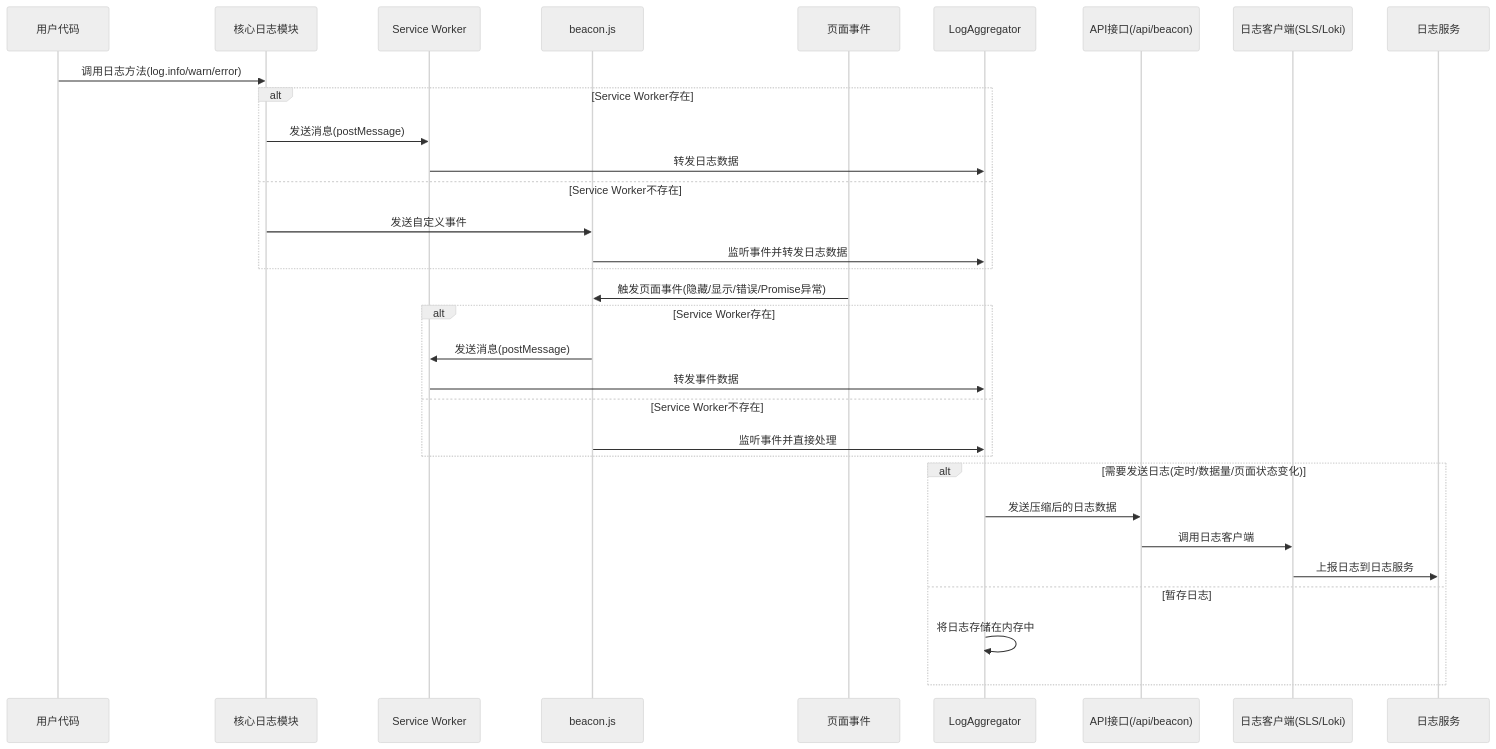
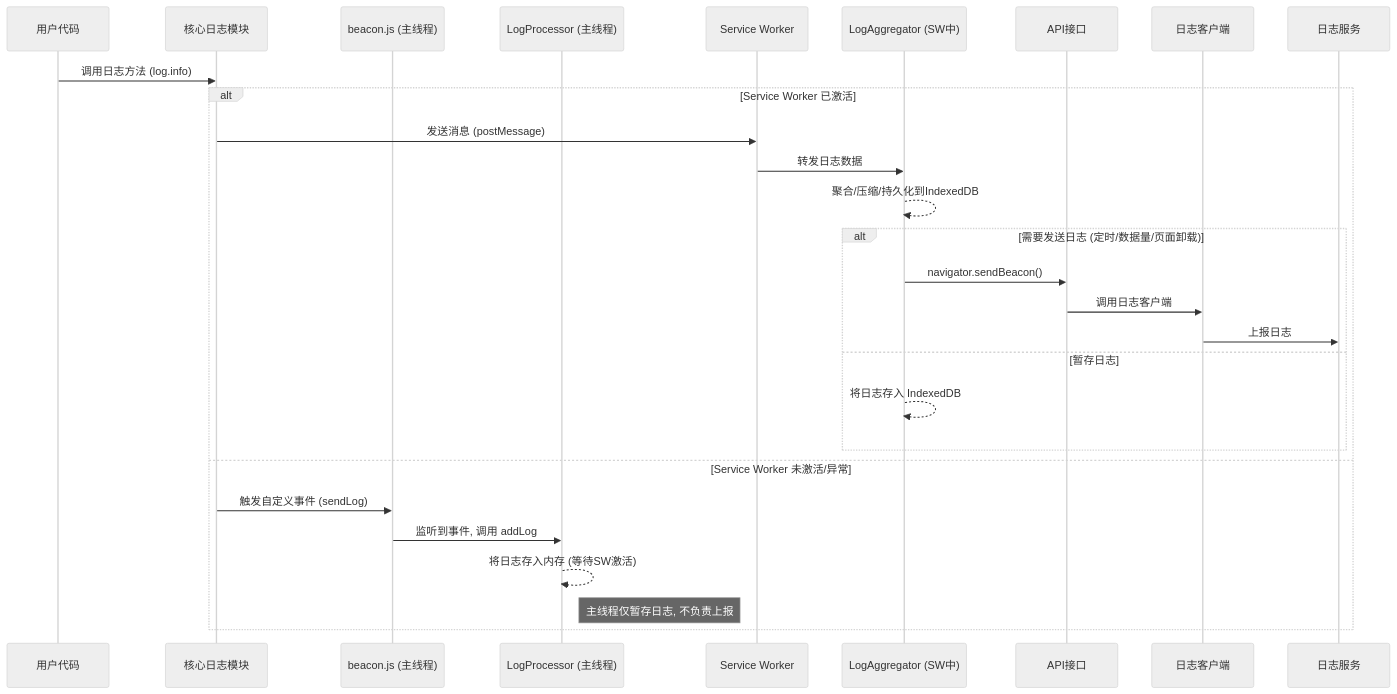
The diagram in logs/README.md (luokaibin/logs), drawn with Mermaid (neutral theme) before and after one commit.

Commit message:
docs: update README with logging system documentation

````diff
--- a/logs/README.md
+++ b/logs/README.md
@@ -308,43 +308,34 @@
 ```mermaid
 sequenceDiagram
     participant User as 用户代码
     participant Core as 核心日志模块
+    participant BeaconJS as beacon.js (主线程)
+    participant LogProc as LogProcessor (主线程)
     participant SW as Service Worker
-    participant BeaconJS as beacon.js
-    participant Events as 页面事件
-    participant LogAgg as LogAggregator
-    participant API as API接口(/api/beacon)
-    participant LogClient as 日志客户端(SLS/Loki)
+    participant LogAgg as LogAggregator (SW中)
+    participant API as API接口
+    participant LogClient as 日志客户端
     participant LogService as 日志服务
-    
-    %% 用户打印日志
-    User->>Core: 调用日志方法(log.info/warn/error)
-    
-    %% 核心模块处理
-    alt Service Worker存在
-        Core->>SW: 发送消息(postMessage)
+
+    User->>Core: 调用日志方法 (log.info)
+
+    alt Service Worker 已激活
+        Core->>SW: 发送消息 (postMessage)
         SW->>LogAgg: 转发日志数据
-    else Service Worker不存在
-        Core->>BeaconJS: 发送自定义事件
-        BeaconJS->>LogAgg: 监听事件并转发日志数据
-    end
-    
-    %% 页面事件监听
-    Events->>BeaconJS: 触发页面事件(隐藏/显示/错误/Promise异常)
-    
-    alt Service Worker存在
-        BeaconJS->>SW: 发送消息(postMessage)
-        SW->>LogAgg: 转发事件数据
-    else Service Worker不存在
-        BeaconJS->>LogAgg: 监听事件并直接处理
-    end
-    
-    %% LogAggregator决策
-    alt 需要发送日志(定时/数据量/页面状态变化)
-        LogAgg->>API: 发送压缩后的日志数据
-        API->>LogClient: 调用日志客户端
-        LogClient->>LogService: 上报日志到日志服务
-    else 暂存日志
-        LogAgg->>LogAgg: 将日志存储在内存中
+        LogAgg-->>LogAgg: 聚合/压缩/持久化到IndexedDB
+        
+        alt 需要发送日志 (定时/数据量/页面卸载)
+            LogAgg->>API: navigator.sendBeacon()
+            API->>LogClient: 调用日志客户端
+            LogClient->>LogService: 上报日志
+        else 暂存日志
+            LogAgg-->>LogAgg: 将日志存入 IndexedDB
+        end
+
+    else Service Worker 未激活/异常
+        Core->>BeaconJS: 触发自定义事件 (sendLog)
+        BeaconJS->>LogProc: 监听到事件, 调用 addLog
+        LogProc-->>LogProc: 将日志存入内存 (等待SW激活)
+        Note right of LogProc: 主线程仅暂存日志, 不负责上报
     end
 ```
````
